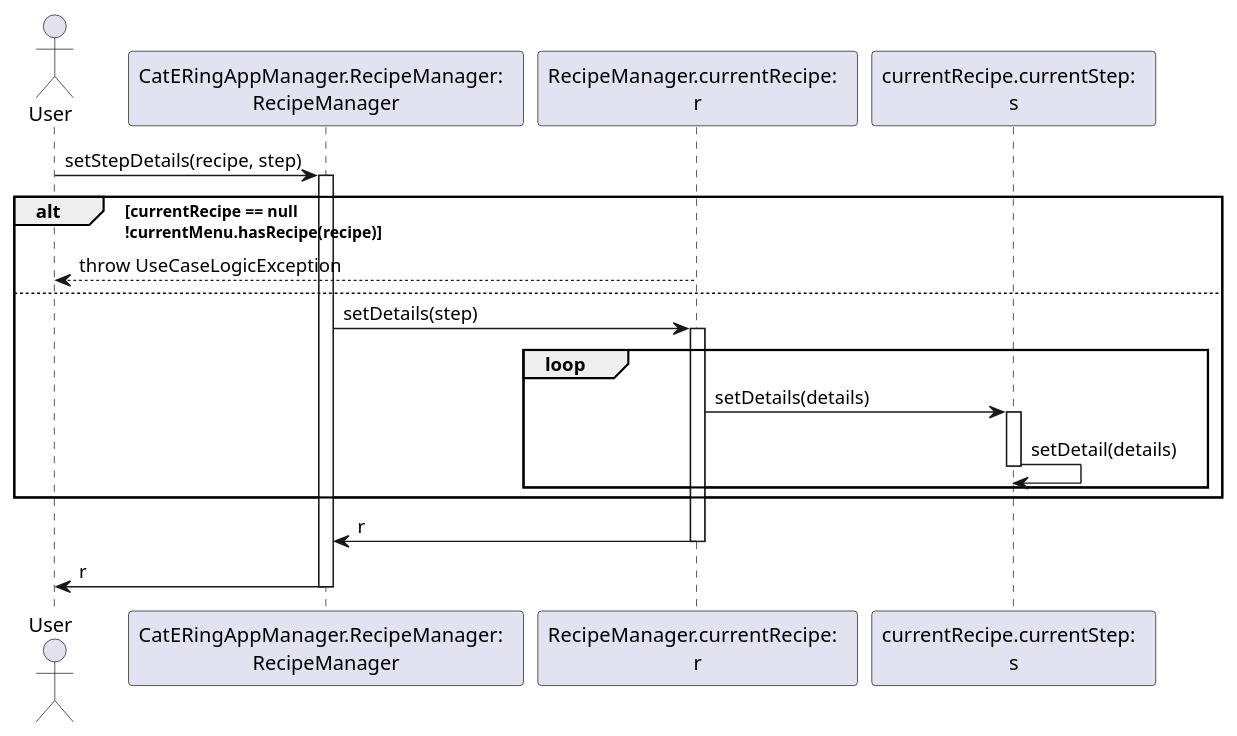
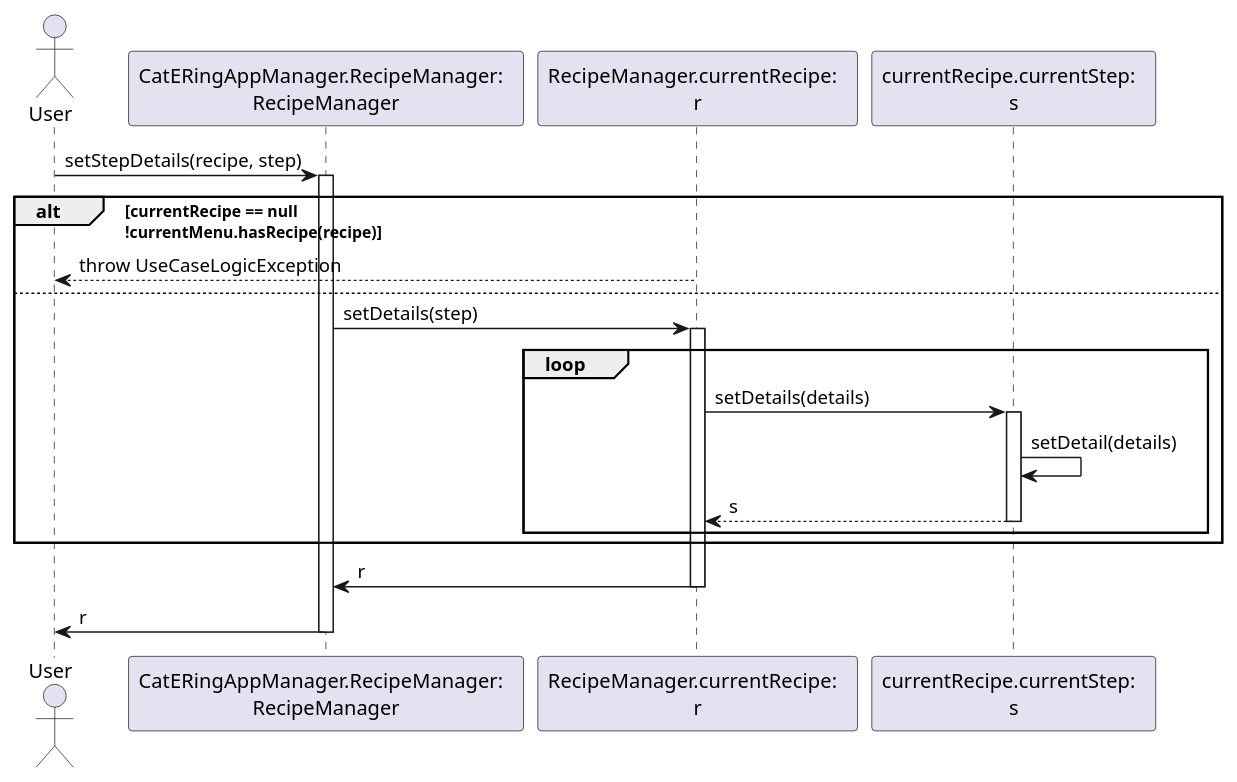
Before and after one commit to m0canu1/sas: the diagram in dsd/dsd-ricette/4-setStepDetails.md, drawn with PlantUML. The commit also changed 6 other files, not shown here.

````diff
--- a/dsd/dsd-ricette/4-setStepDetails.md
+++ b/dsd/dsd-ricette/4-setStepDetails.md
@@ -1,26 +1,27 @@
 ```plantuml
 Actor User
-Participant "CatERingAppManager.RecipeManager:  \nRecipeManager"
-Participant "RecipeManager.currentRecipe:  \nr"
-Participant "currentRecipe.currentStep:  \ns"
+Participant "CatERingAppManager.RecipeManager:  \nRecipeManager" as RM
+Participant "RecipeManager.currentRecipe:  \nr" as CR
+Participant "currentRecipe.currentStep:  \ns" as CS
 
 
-User -> "CatERingAppManager.RecipeManager:  \nRecipeManager":setStepDetails(recipe, step)
-Activate "CatERingAppManager.RecipeManager:  \nRecipeManager"
+User -> RM:setStepDetails(recipe, step)
+Activate RM
 alt currentRecipe == null\n!currentMenu.hasRecipe(recipe)
-"RecipeManager.currentRecipe:  \nr" --> User: throw UseCaseLogicException
+	CR --> User: throw UseCaseLogicException
 else
-    "CatERingAppManager.RecipeManager:  \nRecipeManager" -> "RecipeManager.currentRecipe:  \nr":setDetails(step)
-    Activate "RecipeManager.currentRecipe:  \nr"
+    RM -> CR:setDetails(step)
+    Activate CR
     loop
-            "RecipeManager.currentRecipe:  \nr" -> "currentRecipe.currentStep:  \ns":setDetails(details)        
-            Activate "currentRecipe.currentStep:  \ns"
-            "currentRecipe.currentStep:  \ns" -> "currentRecipe.currentStep:  \ns":setDetail(details)
-            Deactivate "currentRecipe.currentStep:  \ns"
+            CR -> CS:setDetails(details)        
+            Activate CS
+            CS -> CS:setDetail(details)
+            CS --> CR: s
+            Deactivate CS
     end
 end
-"RecipeManager.currentRecipe:  \nr" -> "CatERingAppManager.RecipeManager:  \nRecipeManager": r
-Deactivate "RecipeManager.currentRecipe:  \nr"
-"CatERingAppManager.RecipeManager:  \nRecipeManager" -> User: r
-Deactivate "CatERingAppManager.RecipeManager:  \nRecipeManager"
+CR -> RM: r
+Deactivate CR
+RM -> User: r
+Deactivate RM
 ```
````
